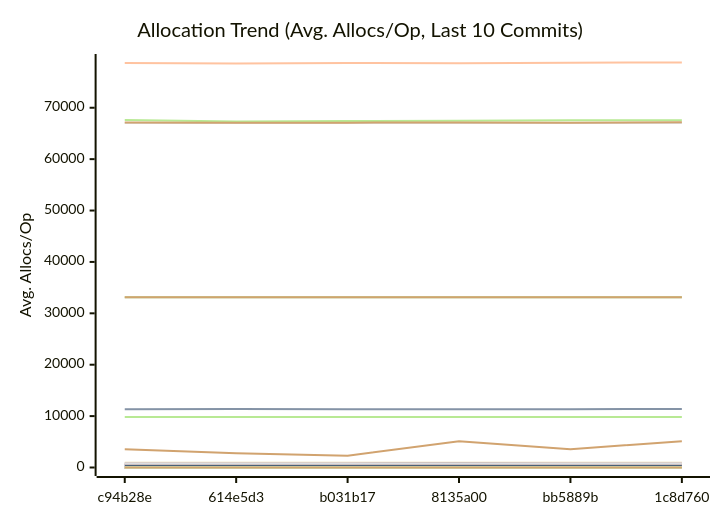
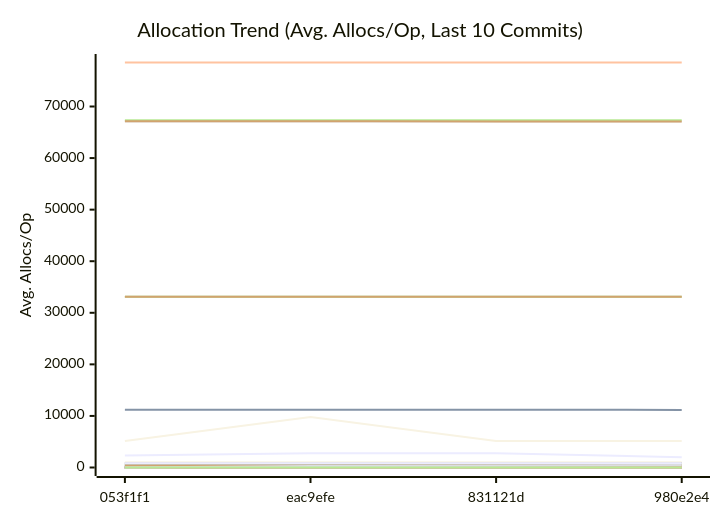
Before and after one commit to alsotoes/momo: the third of 3 diagrams in docs/REFERENCE/PERFORMANCE.md, drawn with Mermaid. The commit also changed other lines of this file and 1 other file, not shown here.

Commit message:
test(s3): print checksum diagnostics when the compatibility check fails (#1354)

````diff
--- a/docs/REFERENCE/PERFORMANCE.md
+++ b/docs/REFERENCE/PERFORMANCE.md
@@ -421,53 +471,62 @@
 ```mermaid
 xychart-beta
     title "Allocation Trend (Avg. Allocs/Op, Last 10 Commits)"
     x-axis "Commit"
     y-axis "Avg. Allocs/Op"
-    x-axis [c94b28e,614e5d3,b031b17,8135a00,bb5889b,1c8d760]
+    x-axis [053f1f1,eac9efe,831121d,980e2e4]
     line "AdaptivePutBlob64KiB" [0,0,0,0,0,0,0,0,0,0]
-    line "AWSChunkedReaderSigned" [11346,11370,11345,11319,11351,11392,11401,11341,11197,11180]
-    line "AWSChunkedReaderUnsigned" [78690,78621,78704,78640,78777,78804,78750,78733,78518,78515]
+    line "AWSChunkedReaderSigned" [11191,11184,11178,11173,11180,11181,11235,11176,11206,11175]
+    line "AWSChunkedReaderUnsigned" [78532,78527,78526,78519,78518,78518,78548,78511,78518,78534]
     line "CheckMetricsAndSwap" [0,0,0,0,0,0,0,0,0,0]
     line "CrushOptimized" [0,0,0,0,0,0,0,0,0,0]
     line "CrushOriginal" [3,3,3,3,3,3,3,3,3,3]
     line "EtagMatches" [0,0,0,0,0,0,0,0,0,0]
-    line "EtagMatchesSplit" [0,0,0,0,0,0,0,0,1,1]
+    line "EtagMatchesSplit" [1,1,1,1,1,1,1,1,1,1]
     line "FormatListObjectsV2XML_AppendFormat" [16,16,16,16,16,16,16,16,16,16]
     line "FormatListObjectsV2XML_OldFormat" [1000,1000,1000,1000,1000,1000,1000,1000,1000,1000]
     line "HashBytes/1MiB" [64,64,64,64,64,64,64,64,64,64]
     line "HashBytes/256MiB" [64,64,64,64,64,64,64,64,64,64]
     line "HashBytes/64MiB" [64,64,64,64,64,64,64,64,64,64]
     line "HashFile/1MiB" [33128,33128,33128,33128,33128,33128,33128,33128,33128,33128]
     line "HashFile/256MiB" [33128,33128,33128,33128,33128,33128,33128,33128,33128,33128]
     line "HashFile/64MiB" [33128,33128,33128,33128,33128,33128,33128,33128,33128,33128]
     line "IndexDirectTracking" [0,0,0,0,0,0,0,0,0,0]
     line "IndexSearch" [0,0,0,0,0,0,0,0,0,0]
     line "LastModifiedHeader_AppendFormat" [0,0,0,0,0,0,0,0,0,0]
     line "LastModifiedHeader_Format" [1,1,1,1,1,1,1,1,1,1]
     line "ListPartsTime_AppendFormat" [0,0,0,0,0,0,0,0,0,0]
-    line "ListPartsTime_Format" [0,0,0,0,0,0,0,0,1,1]
+    line "ListPartsTime_Format" [1,1,1,1,1,1,1,1,1,1]
     line "LoadGlobalConfig" [58,58,58,58,58,58,58,58,58,58]
-    line "LocalWrite/1MiB" [67033,67031,67039,67040,67044,67048,67040,67040,67081,67076]
-    line "LocalWrite/256MiB" [67598,67348,67405,67488,67564,67569,67644,67553,67378,67316]
-    line "LocalWrite/64MiB" [67134,67099,67099,67127,67078,67158,67158,67139,67123,67115]
+    line "LocalWrite/1MiB" [67077,67076,67076,67076,67076,67077,67081,67080,67078,67077]
+    line "LocalWrite/256MiB" [67320,67343,67343,67320,67423,67302,67420,67368,67396,67343]
+    line "LocalWrite/64MiB" [67123,67119,67112,67100,67113,67119,67140,67115,67103,67099]
     line "PadString" [1,1,1,1,1,1,1,1,1,1]
+    line "ParseACLResource_IndexByte" [0,0,0,0,0,0,0,0,0,0]
+    line "ParseACLResource_Split" [0,0,0,0,0,0,0,0,0,0]
     line "ParseAWSChunkHeader" [0,0,0,0,0,0,0,0,0,0]
+    line "ParseChecksum" [0,0,0,0,0,0,0,0,0,0]
+    line "ParseChecksumDynamicBaseline" [0,4,4,4,4,4,4,4,4,4]
     line "ParseReplicationOrder_NoPrealloc" [6,6,6,6,6,5,5,5,5,5]
     line "ParseReplicationOrder_Prealloc" [2,2,2,2,2,1,1,1,1,1]
     line "PheromoneSelectReplica" [0,0,0,0,0,0,0,0,0,0]
+    line "PickShedTarget" [0,6,6,6,6,6,6,6,6,6]
     line "Placement" [6,6,6,6,6,6,6,6,6,6]
     line "PlacementDomainSpread" [6,6,6,6,6,6,6,6,6,6]
-    line "ReadVerify/1MiB" [438,437,474,439,490,440,496,437,458,471]
-    line "ReadVerify/256MiB" [9808,9808,9808,9808,9808,9808,9808,9808,9808,5120]
-    line "ReadVerify/64MiB" [3557,2776,2307,5120,3557,5120,3557,3557,2307,2776]
-    line "S3PutSpool/1MiB" [448,447,448,447,447,447,447,447,447,447]
-    line "S3PutSpool/256MiB" [448,448,448,448,448,448,448,448,448,448]
+    line "ReadVerify/1MiB" [460,435,469,435,463,457,473,460,462,435]
+    line "ReadVerify/256MiB" [5120,9808,5120,5120,9808,5120,9808,9808,5120,5120]
+    line "ReadVerify/64MiB" [2307,2776,2776,1994,2776,2307,3557,2307,2776,1994]
+    line "RebalanceCycle/blobs=100" [0,0,0,0,0,0,0,0,0,0]
+    line "RebalanceCycle/blobs=1000" [0,0,0,0,0,0,0,0,0,0]
+    line "S3PutSpool/1MiB" [447,447,447,447,448,447,447,447,447,448]
+    line "S3PutSpool/256MiB" [448,448,448,444,448,448,448,448,448,448]
     line "S3PutSpool/64MiB" [448,448,448,448,448,448,448,448,448,448]
     line "SanitizeLog/Safe" [0,0,0,0,0,0,0,0,0,0]
     line "SanitizeLog/Unsafe" [1,1,1,1,1,1,1,1,1,1]
-    line "TrustedRead/1MiB" [800,800,800,858,800,800,800,800,800,822]
+    line "TrustedRead/1MiB" [800,800,800,800,800,800,840,800,823,829]
     line "TrustedRead/256MiB" [800,800,800,800,800,800,800,800,800,800]
     line "TrustedRead/64MiB" [800,800,800,800,800,800,800,800,800,800]
     line "VolumeGetBlob64KiB" [0,0,0,0,0,0,0,0,0,0]
     line "VolumePutBlob64KiB" [0,0,0,0,0,0,0,0,0,0]
+    line "WriteThrottled/throttled-10Gbps" [0,298,318,498,345,333,227,305,314,333]
+    line "WriteThrottled/unlimited" [0,0,0,0,0,0,0,0,0,0]
 ```
````
